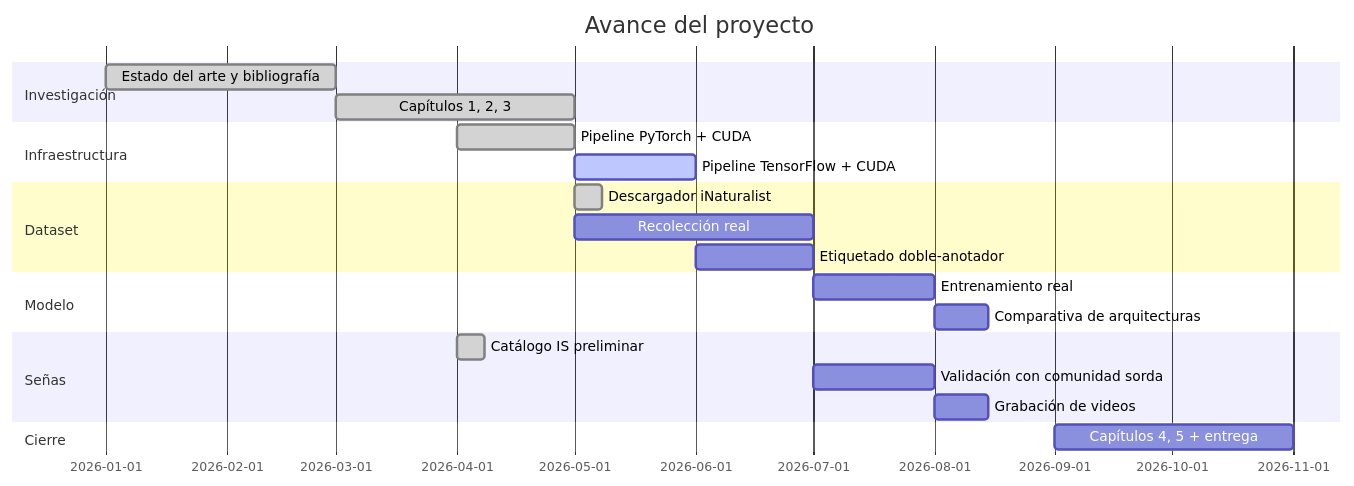
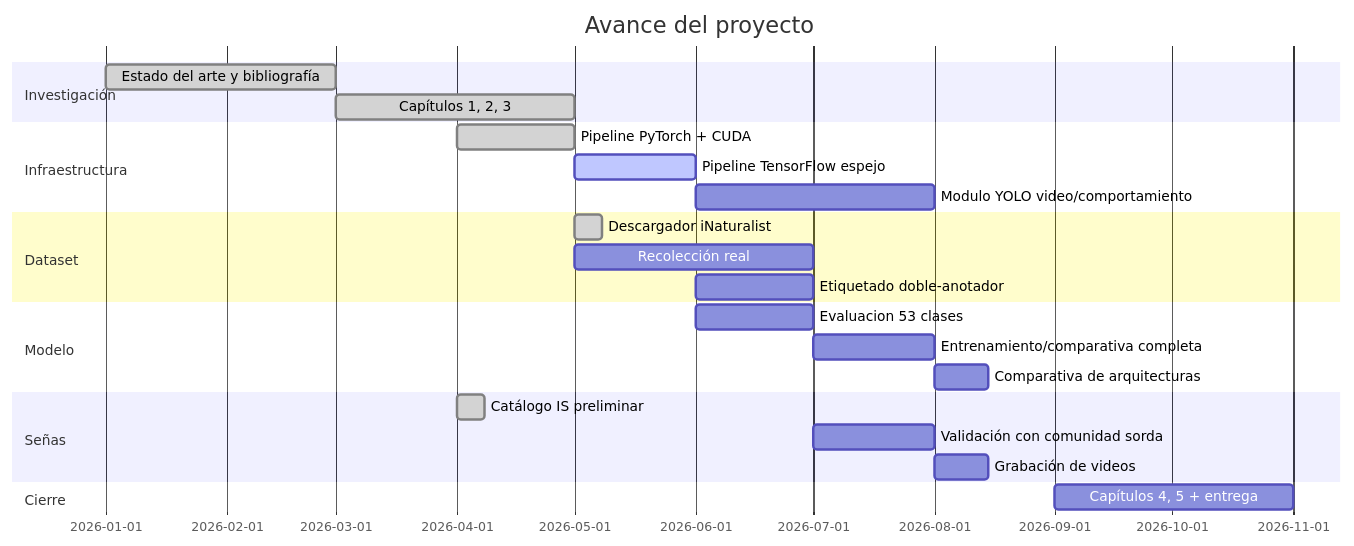
Before and after one commit to ZOMBIECRAFTIAN/raptors-cnn: the diagram in documentacion/RESUMEN_EJECUTIVO.md, drawn with Mermaid. The commit also changed other lines of this file and 26 other files, not shown here.

````diff
--- a/documentacion/RESUMEN_EJECUTIVO.md
+++ b/documentacion/RESUMEN_EJECUTIVO.md
@@ -40,24 +41,26 @@
 ```mermaid
 gantt
     title Avance del proyecto
     dateFormat YYYY-MM
     section Investigación
     Estado del arte y bibliografía    :done, 2026-01, 2026-03
     Capítulos 1, 2, 3                 :done, 2026-03, 2026-05
     section Infraestructura
     Pipeline PyTorch + CUDA           :done, 2026-04, 2026-05
-    Pipeline TensorFlow + CUDA        :active, 2026-05, 1M
+    Pipeline TensorFlow espejo        :active, 2026-05, 1M
+    Modulo YOLO video/comportamiento  :2026-06, 2M
     section Dataset
     Descargador iNaturalist           :done, 2026-05, 1w
     Recolección real                  :2026-05, 2M
     Etiquetado doble-anotador         :2026-06, 1M
     section Modelo
-    Entrenamiento real                :2026-07, 1M
+    Evaluacion 53 clases              :2026-06, 1M
+    Entrenamiento/comparativa completa :2026-07, 1M
     Comparativa de arquitecturas      :2026-08, 2w
     section Señas
     Catálogo IS preliminar            :done, 2026-04, 1w
     Validación con comunidad sorda    :2026-07, 1M
     Grabación de videos               :2026-08, 2w
     section Cierre
     Capítulos 4, 5 + entrega          :2026-09, 2M
 ```
````
